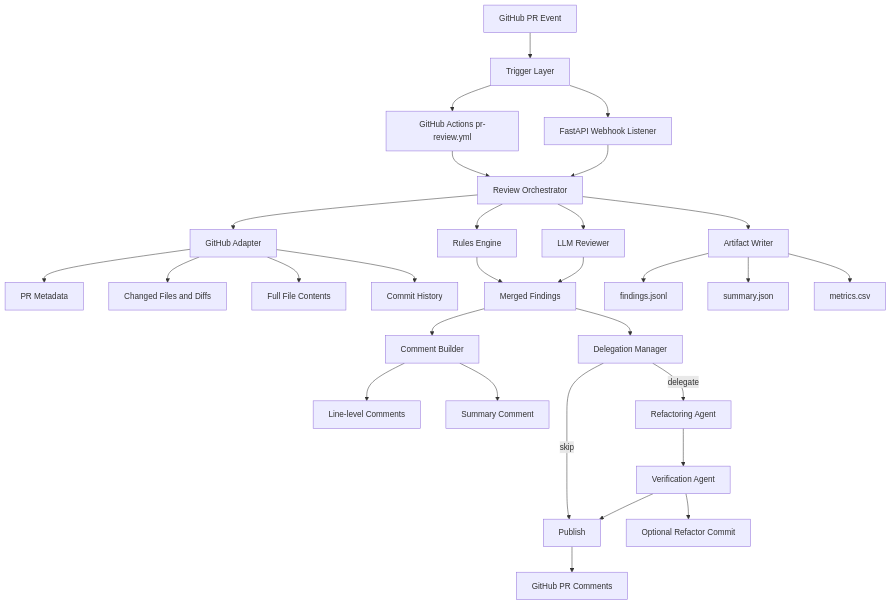
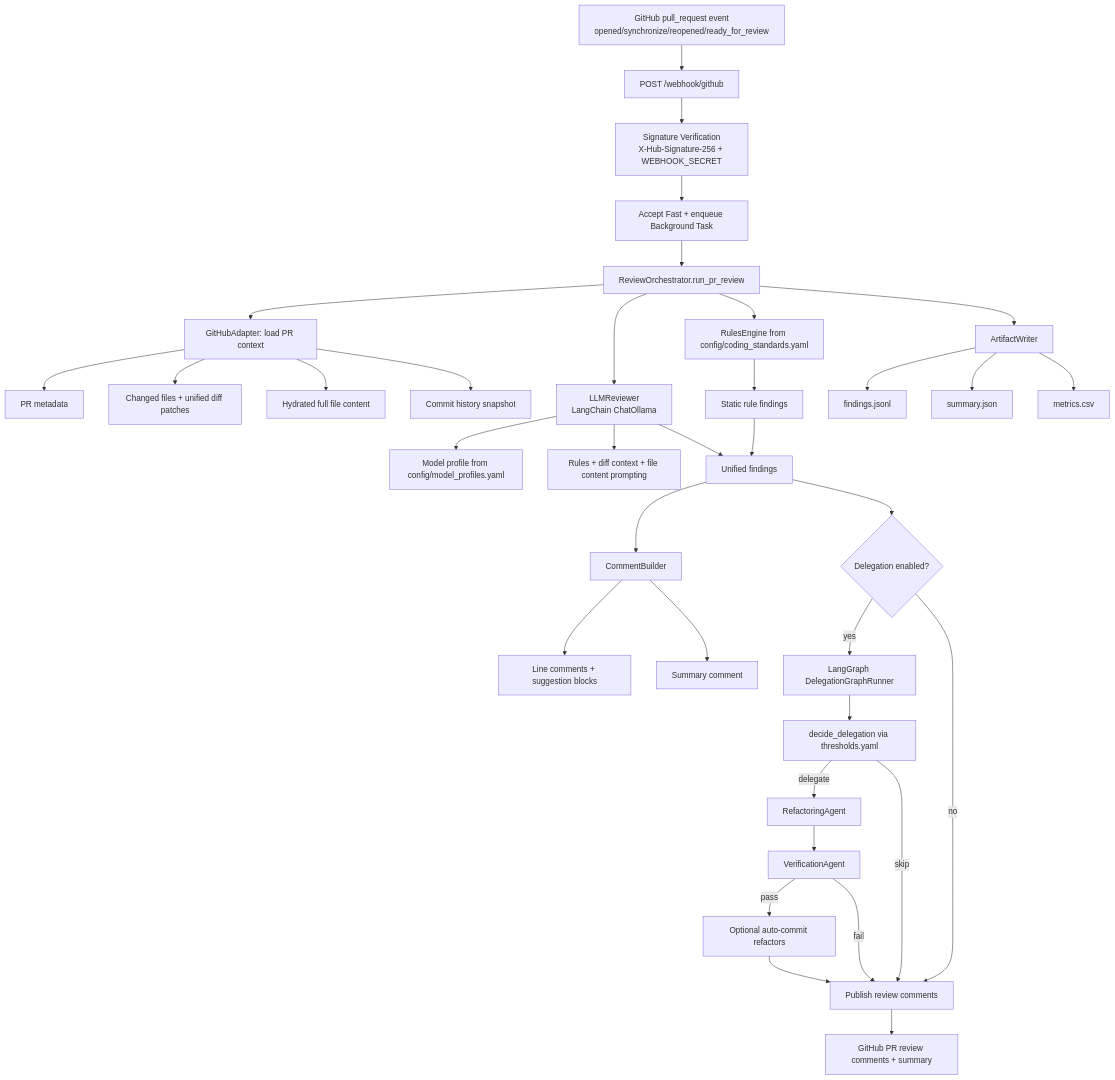
The first of 2 diagrams in docs/architecture.md (arsalansiddique1/Scottish-Power-Take-Home), drawn with Mermaid before and after one commit. The commit also changed other lines of this file, not shown here.

Commit message:
Refresh architecture documentation for current webhook workflow

````diff
--- a/docs/architecture.md
+++ b/docs/architecture.md
@@ -5,37 +5,43 @@
 ```mermaid
 flowchart TD
-    A[GitHub PR Event] --> B[Trigger Layer]
-    B --> B1[GitHub Actions pr-review.yml]
-    B --> B2[FastAPI Webhook Listener]
-    B1 --> C[Review Orchestrator]
-    B2 --> C
+    A[GitHub pull_request event<br/>opened/synchronize/reopened/ready_for_review] --> B[POST /webhook/github]
+    B --> C[Signature Verification<br/>X-Hub-Signature-256 + WEBHOOK_SECRET]
+    C --> D[Accept Fast + enqueue Background Task]
+    D --> E[ReviewOrchestrator.run_pr_review]
 
-    C --> D[GitHub Adapter]
-    D --> D1[PR Metadata]
-    D --> D2[Changed Files and Diffs]
-    D --> D3[Full File Contents]
-    D --> D4[Commit History]
+    E --> F[GitHubAdapter: load PR context]
+    F --> F1[PR metadata]
+    F --> F2[Changed files + unified diff patches]
+    F --> F3[Hydrated full file content]
+    F --> F4[Commit history snapshot]
 
-    C --> E[Rules Engine]
-    C --> F[LLM Reviewer]
-    E --> G[Merged Findings]
-    F --> G
+    E --> G[RulesEngine from config/coding_standards.yaml]
+    G --> H[Static rule findings]
 
-    G --> H[Comment Builder]
-    H --> I[Line-level Comments]
-    H --> J[Summary Comment]
+    E --> I[LLMReviewer<br/>LangChain ChatOllama]
+    I --> I1[Model profile from config/model_profiles.yaml]
+    I --> I2[Rules + diff context + file content prompting]
+    H --> J[Unified findings]
+    I --> J
 
-    G --> K[Delegation Manager]
-    K -->|delegate| L[Refactoring Agent]
-    K -->|skip| N[Publish]
-    L --> M[Verification Agent]
-    M --> N
+    J --> K[CommentBuilder]
+    K --> K1[Line comments + suggestion blocks]
+    K --> K2[Summary comment]
 
-    N --> O[GitHub PR Comments]
-    M --> P[Optional Refactor Commit]
+    J --> L{Delegation enabled?}
+    L -->|no| M[Publish review comments]
+    L -->|yes| N[LangGraph DelegationGraphRunner]
+    N --> N1[decide_delegation via thresholds.yaml]
+    N1 -->|delegate| N2[RefactoringAgent]
+    N1 -->|skip| M
+    N2 --> N3[VerificationAgent]
+    N3 -->|pass| N4[Optional auto-commit refactors]
+    N3 -->|fail| M
+    N4 --> M
 
-    C --> Q[Artifact Writer]
-    Q --> Q1[findings.jsonl]
-    Q --> Q2[summary.json]
-    Q --> Q3[metrics.csv]
+    M --> O[GitHub PR review comments + summary]
+    E --> P[ArtifactWriter]
+    P --> P1[findings.jsonl]
+    P --> P2[summary.json]
+    P --> P3[metrics.csv]
 ```
````
